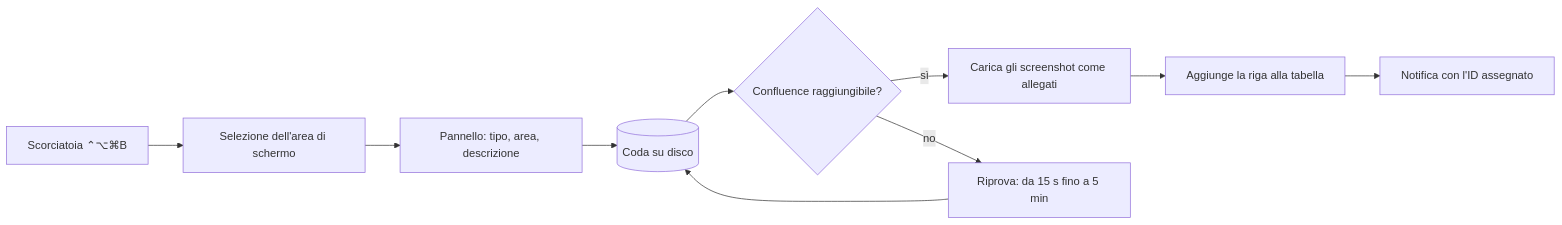
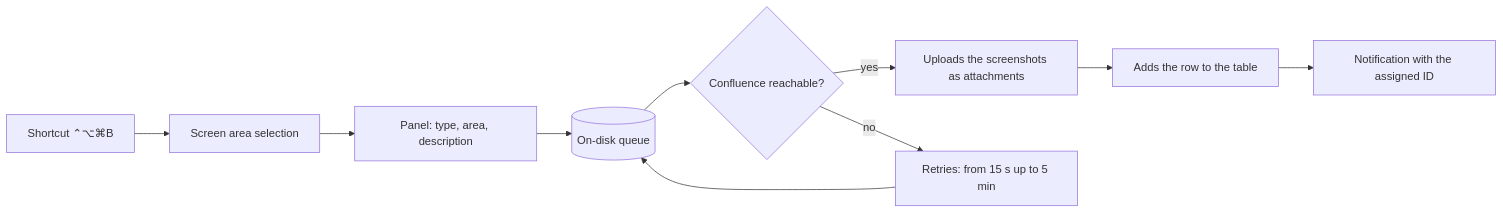
One commit to p1e7r0/snitch changed the diagram in README.md. Above: the diagram before and after it, drawn with Mermaid. The commit also changed other lines of this file and 26 other files, not shown here.

````diff
--- a/README.md
+++ b/README.md
@@ -77,12 +80,12 @@
 ```mermaid
 flowchart LR
-    shortcut["Scorciatoia ⌃⌥⌘B"] --> capture["Selezione dell'area di schermo"]
-    capture --> panel["Pannello: tipo, area, descrizione"]
-    panel --> queue[("Coda su disco")]
-    queue --> reachable{"Confluence raggiungibile?"}
-    reachable -- sì --> upload["Carica gli screenshot come allegati"]
-    upload --> row["Aggiunge la riga alla tabella"]
-    row --> notification["Notifica con l'ID assegnato"]
-    reachable -- no --> wait["Riprova: da 15 s fino a 5 min"]
+    shortcut["Shortcut ⌃⌥⌘B"] --> capture["Screen area selection"]
+    capture --> panel["Panel: type, area, description"]
+    panel --> queue[("On-disk queue")]
+    queue --> reachable{"Confluence reachable?"}
+    reachable -- yes --> upload["Uploads the screenshots as attachments"]
+    upload --> row["Adds the row to the table"]
+    row --> notification["Notification with the assigned ID"]
+    reachable -- no --> wait["Retries: from 15 s up to 5 min"]
     wait --> queue
 ```
````
